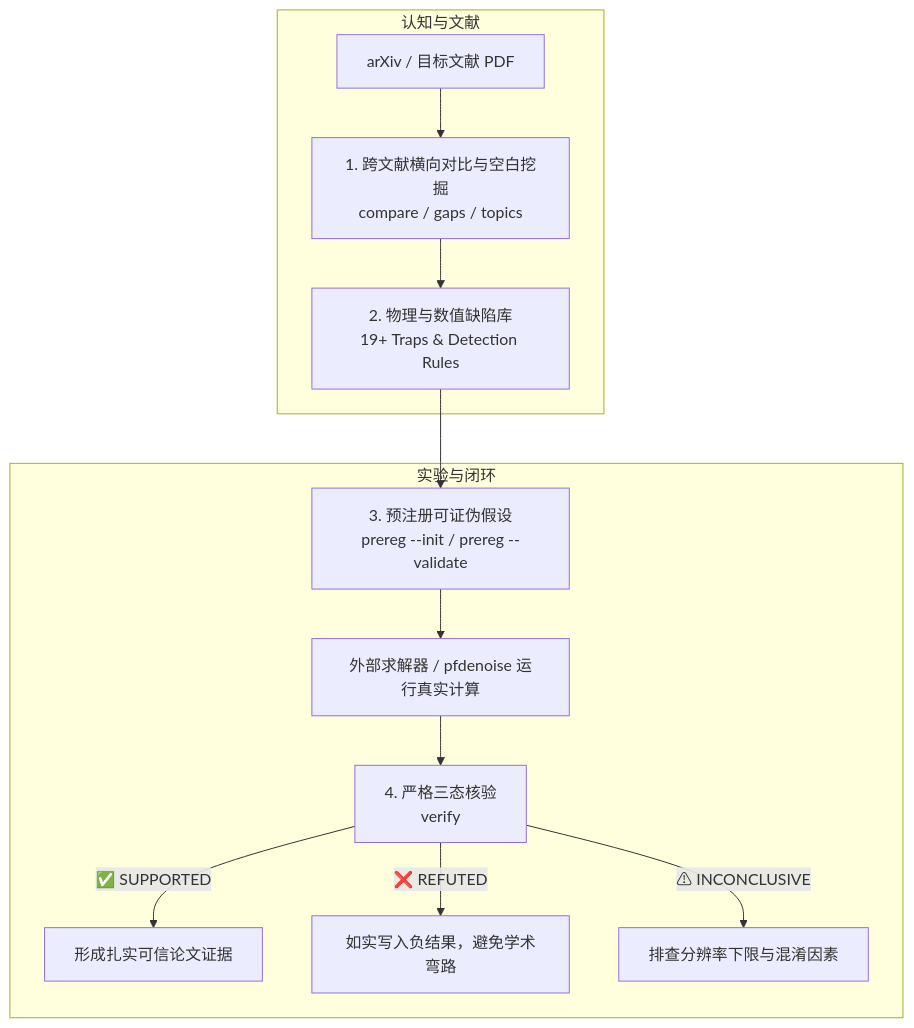
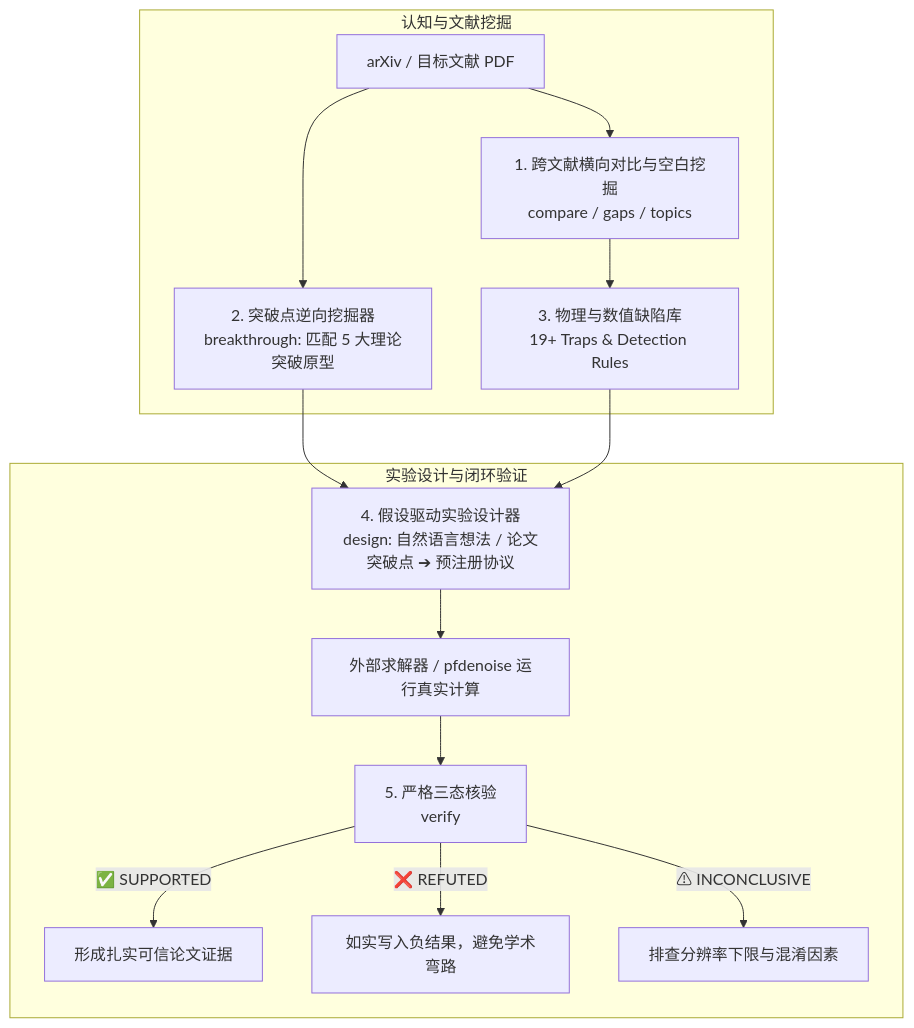
The diagram in README.md (0G-Bhqc/fieldmate), drawn with Mermaid before and after one commit. The commit also changed other lines of this file and 8 other files, not shown here.

````diff
--- a/README.md
+++ b/README.md
@@ -91,15 +91,17 @@
 ```mermaid
 flowchart TD
-    subgraph 认知与文献
+    subgraph 认知与文献挖掘
         A[arXiv / 目标文献 PDF] --> B[1. 跨文献横向对比与空白挖掘<br>compare / gaps / topics]
-        B --> C[2. 物理与数值缺陷库<br>19+ Traps & Detection Rules]
+        A --> C[2. 突破点逆向挖掘器<br>breakthrough: 匹配 5 大理论突破原型]
+        B --> D[3. 物理与数值缺陷库<br>19+ Traps & Detection Rules]
     end
-    subgraph 实验与闭环
-        C --> D[3. 预注册可证伪假设<br>prereg --init / prereg --validate]
-        D --> E[外部求解器 / pfdenoise 运行真实计算]
-        E --> F[4. 严格三态核验<br>verify]
-        F -->|✅ SUPPORTED| G[形成扎实可信论文证据]
-        F -->|❌ REFUTED| H[如实写入负结果，避免学术弯路]
-        F -->|⚠ INCONCLUSIVE| I[排查分辨率下限与混淆因素]
+    subgraph 实验设计与闭环验证
+        C --> E[4. 假设驱动实验设计器<br>design: 自然语言想法 / 论文突破点 ➔ 预注册协议]
+        D --> E
+        E --> F[外部求解器 / pfdenoise 运行真实计算]
+        F --> G[5. 严格三态核验<br>verify]
+        G -->|✅ SUPPORTED| H[形成扎实可信论文证据]
+        G -->|❌ REFUTED| I[如实写入负结果，避免学术弯路]
+        G -->|⚠ INCONCLUSIVE| J[排查分辨率下限与混淆因素]
     end
 ```
````
